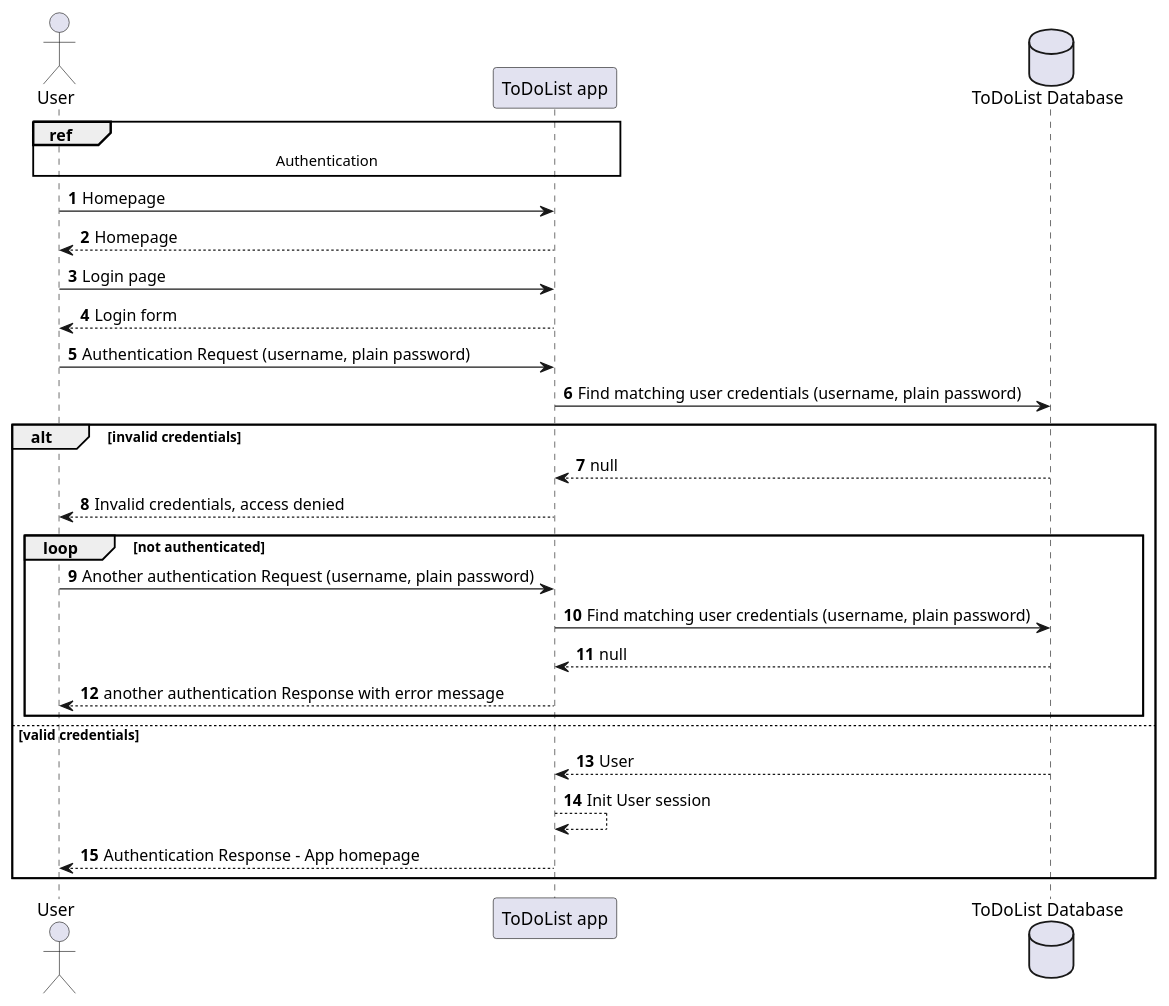
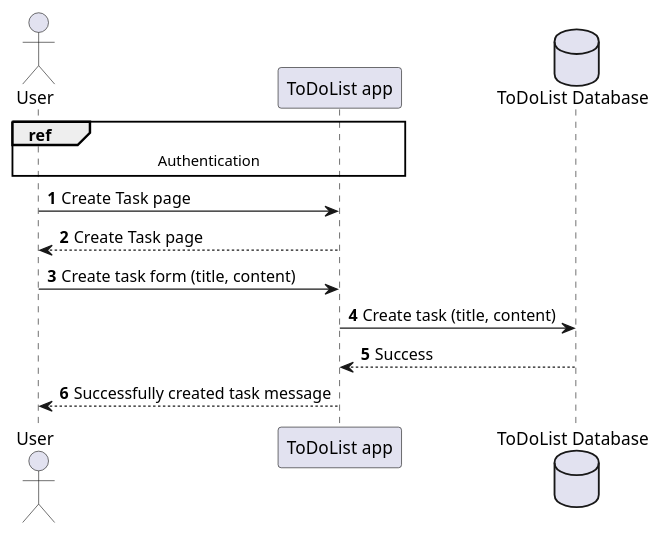
Before and after one commit to stlgaits/todo: the diagram in docs/diagrams/sequence_create_task.puml, drawn with PlantUML.

Commit message:
docs: UML: create task sequence diagram

```diff
--- a/docs/diagrams/sequence_create_task.puml
+++ b/docs/diagrams/sequence_create_task.puml
@@ -1,37 +1,21 @@
 @startuml
 'https://plantuml.com/sequence-diagram
 
 autonumber
 
 actor User
 participant ToDoList as "ToDoList app"
 database Database as "ToDoList Database"
 
 ref over ToDoList, User
   Authentication
 end ref
 
-User -> ToDoList: Homepage
-ToDoList --> User: Homepage
-User -> ToDoList: Login page
-ToDoList --> User:Login form
-User -> ToDoList: Authentication Request (username, plain password)
-ToDoList -> Database: Find matching user credentials (username, plain password)
-
-
-alt invalid credentials
-    Database --> ToDoList: null
-    ToDoList --> User: Invalid credentials, access denied
-    loop not authenticated
-        User -> ToDoList: Another authentication Request (username, plain password)
-        ToDoList -> Database: Find matching user credentials (username, plain password)
-        Database --> ToDoList: null
-        User <-- ToDoList: another authentication Response with error message
-    end
-else valid credentials
-    Database --> ToDoList: User
-    ToDoList --> ToDoList: Init User session
-    ToDoList --> User: Authentication Response - App homepage
-end
+User -> ToDoList: Create Task page
+ToDoList --> User: Create Task page
+User -> ToDoList: Create task form (title, content)
+ToDoList -> Database: Create task (title, content)
+Database --> ToDoList: Success
+ToDoList --> User: Successfully created task message
 
 @enduml
```
